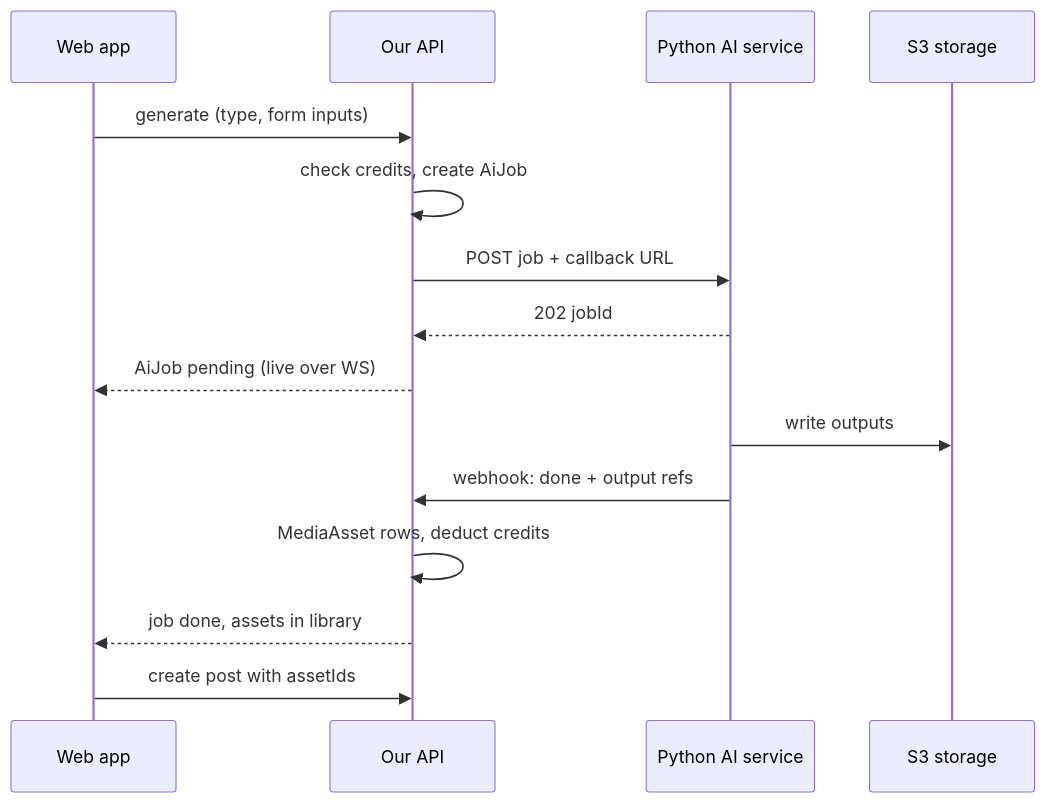
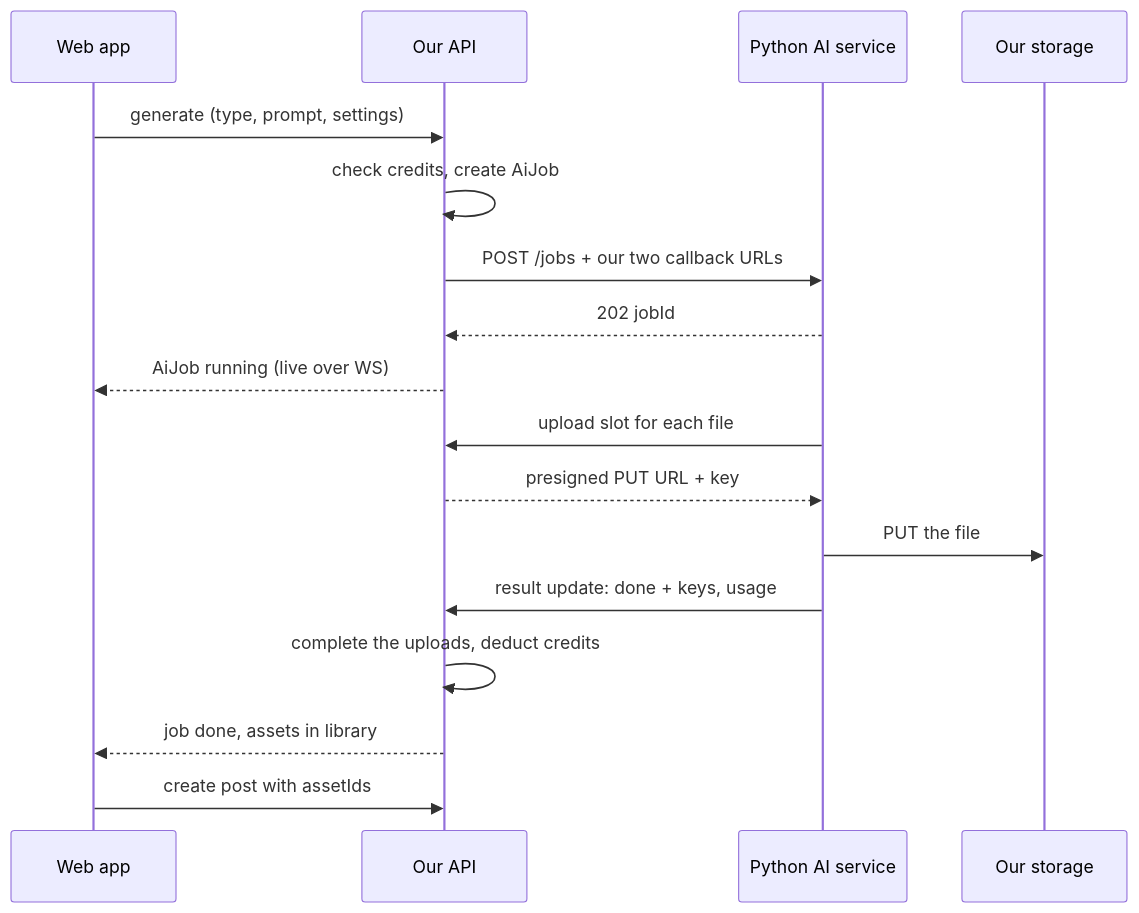
Before and after one commit to socioboard/Socioboard-5.0: the third of 3 diagrams in docs/architecture.md, drawn with Mermaid. The commit also changed other lines of this file and 6 other files, not shown here.

First line of the commit message:
docs(ai): no templates; the AI service uploads to slots we issue per job

````diff
--- a/docs/architecture.md
+++ b/docs/architecture.md
@@ -270,17 +270,19 @@
 ```mermaid
 sequenceDiagram
   participant W as Web app
   participant A as Our API
   participant P as Python AI service
-  participant S as S3 storage
-  W->>A: generate (type, form inputs)
+  participant S as Our storage
+  W->>A: generate (type, prompt, settings)
   A->>A: check credits, create AiJob
-  A->>P: POST job + callback URL
+  A->>P: POST /jobs + our two callback URLs
   P-->>A: 202 jobId
-  A-->>W: AiJob pending (live over WS)
-  P->>S: write outputs
-  P->>A: webhook: done + output refs
-  A->>A: MediaAsset rows, deduct credits
+  A-->>W: AiJob running (live over WS)
+  P->>A: upload slot for each file
+  A-->>P: presigned PUT URL + key
+  P->>S: PUT the file
+  P->>A: result update: done + keys, usage
+  A->>A: complete the uploads, deduct credits
   A-->>W: job done, assets in library
   W->>A: create post with assetIds
 ```
````
